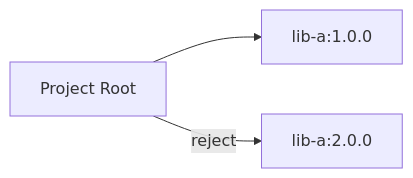
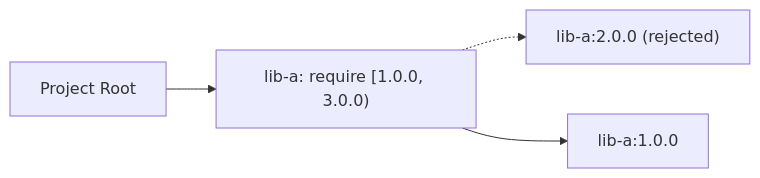
One commit to JavaDependencyHell/fieldguide changed the diagram in demos/gradle-demo/scenario-14-reject/guide.qmd. Above: the diagram before and after it, drawn with Mermaid. The commit also changed other lines of this file and 208 other files, not shown here.

````diff
--- a/demos/gradle-demo/scenario-14-reject/guide.qmd
+++ b/demos/gradle-demo/scenario-14-reject/guide.qmd
@@ -20,6 +21,7 @@
 ```{mermaid}
 %%| fig-width: 4.4
 graph LR
-    Root[Project Root] --> LibA[lib-a:1.0.0]
-    Root -- reject --> LibA_Bad[lib-a:2.0.0]
+    Root[Project Root] --> Req["lib-a: require [1.0.0, 3.0.0)"]
+    Req -.-> V2["lib-a:2.0.0 (rejected)"]
+    Req --> V1[lib-a:1.0.0]
 ```
````
